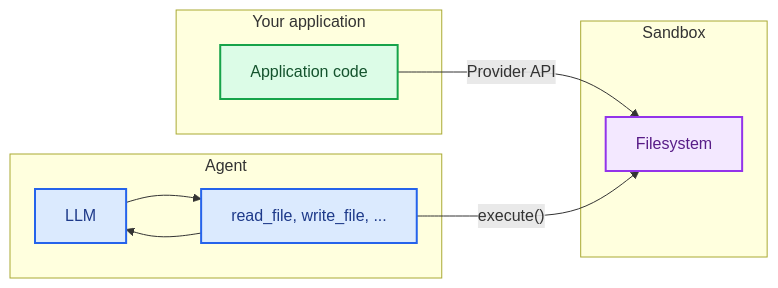
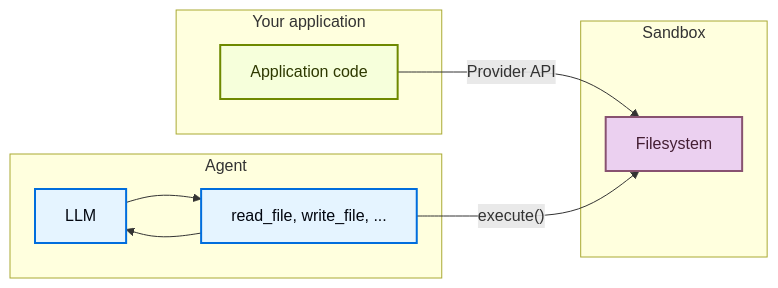
The third of 3 diagrams in oss/javascript/deepagents/sandboxes.mdx (kunfan96/cndocs-langchain), drawn with Mermaid before and after one commit. The commit also changed other lines of this file and 2538 other files, not shown here.

````diff
--- a/oss/javascript/deepagents/sandboxes.mdx
+++ b/oss/javascript/deepagents/sandboxes.mdx
@@ -379,26 +379,26 @@
 ```mermaid
 graph LR
     subgraph "Your application"
         App[Application code]
     end
 
     subgraph "Agent"
         LLM --> Tools["read_file, write_file, ..."]
         Tools --> LLM
     end
 
     subgraph "Sandbox"
         FS[Filesystem]
     end
 
     App -- "Provider API" --> FS
     Tools -- "execute()" --> FS
 
-    classDef trigger fill:#DCFCE7,stroke:#16A34A,stroke-width:2px,color:#14532D
-    classDef process fill:#DBEAFE,stroke:#2563EB,stroke-width:2px,color:#1E3A8A
-    classDef output fill:#F3E8FF,stroke:#9333EA,stroke-width:2px,color:#581C87
+    classDef trigger fill:#F6FFDB,stroke:#6E8900,stroke-width:2px,color:#2E3900
+    classDef process fill:#E5F4FF,stroke:#006DDD,stroke-width:2px,color:#030710
+    classDef output fill:#EBD0F0,stroke:#885270,stroke-width:2px,color:#441E33
 
     class App trigger
     class LLM,Tools process
     class FS output
 ```
````
